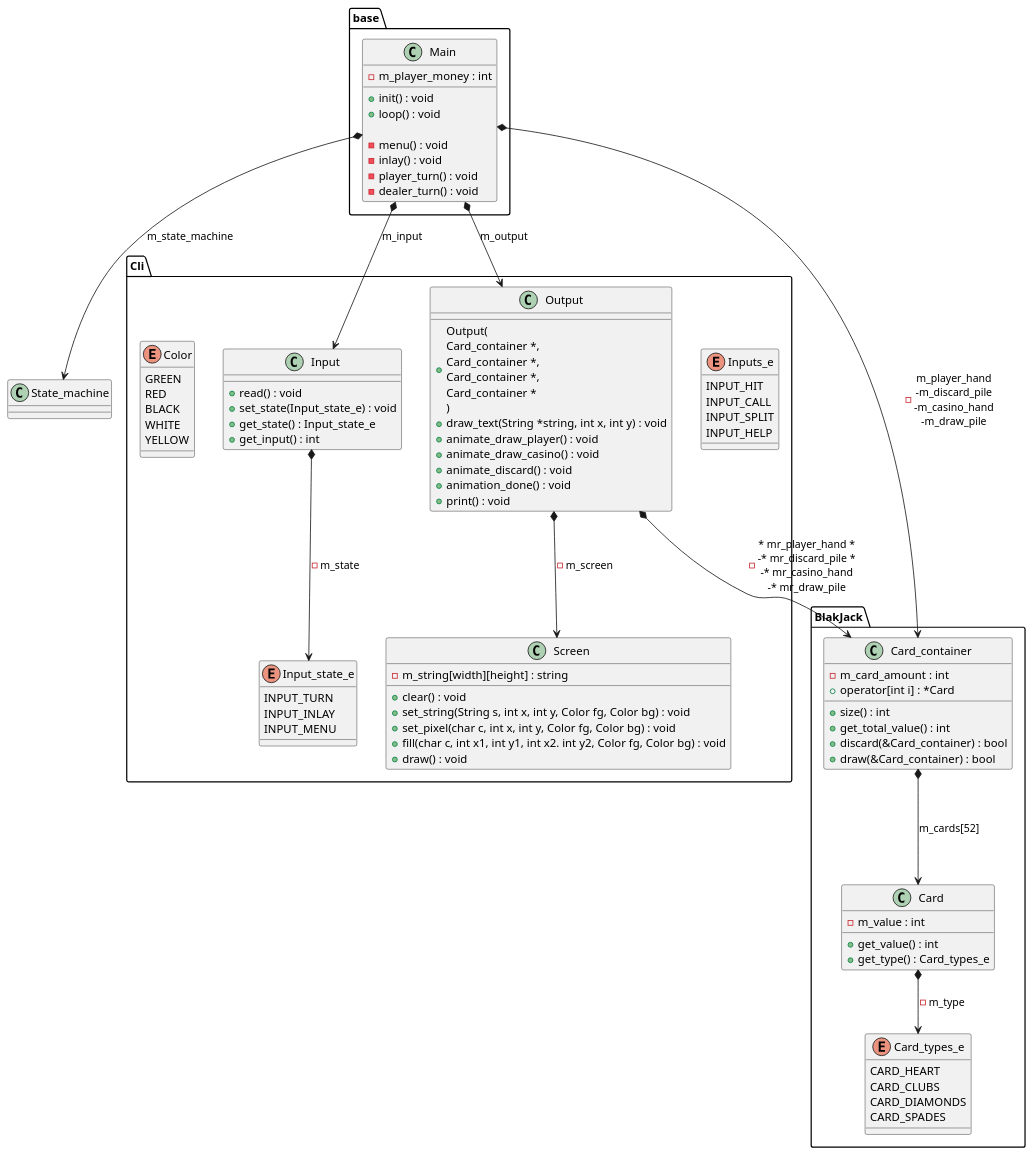
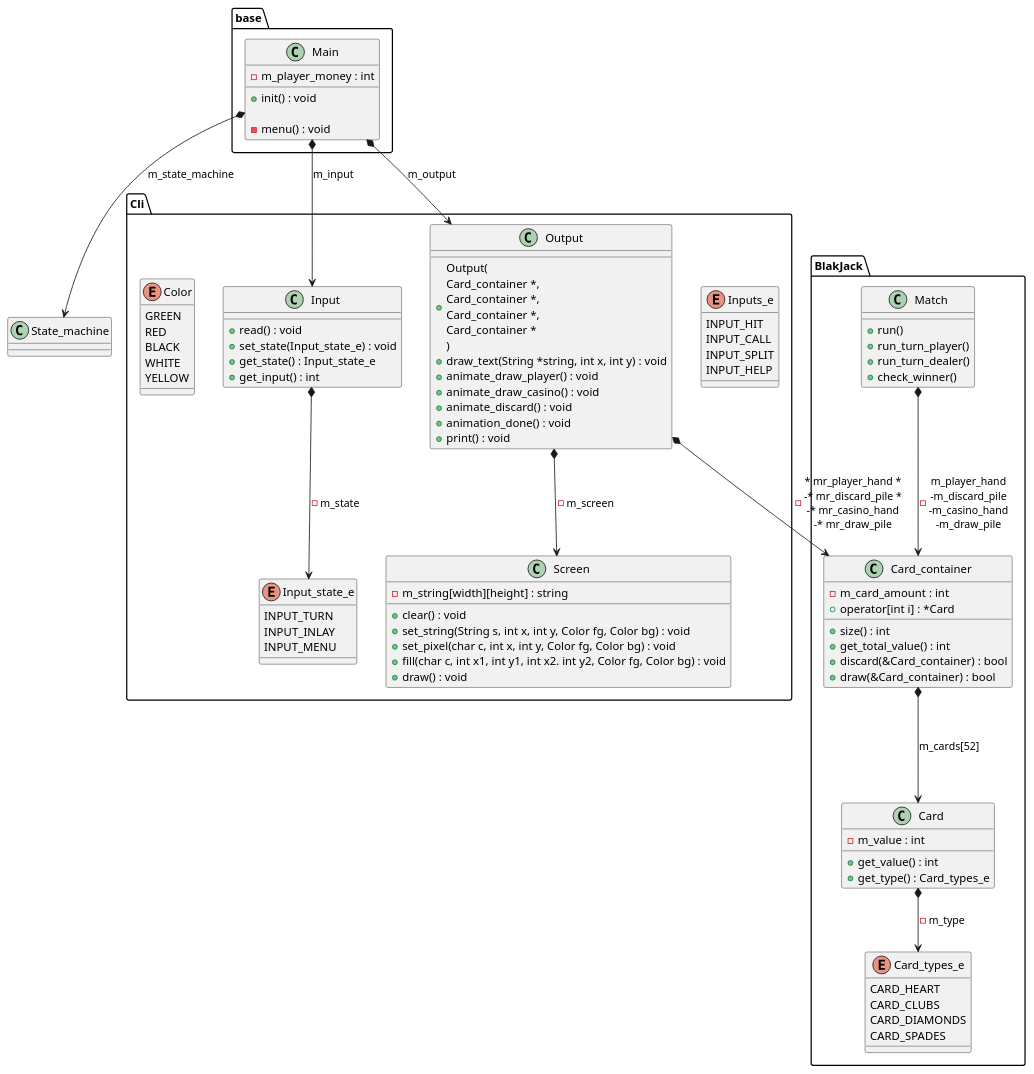
One commit to Noud-Janssen/oop_blackjack changed the diagram in docs/class_diagram.wsd. Above: the diagram before and after it, drawn with PlantUML. The commit also changed 3 other files, not shown here.

```diff
--- a/docs/class_diagram.wsd
+++ b/docs/class_diagram.wsd
@@ -1,108 +1,113 @@
 @startuml class_diagram
 
 package base {
     class Main {
         -m_player_money : int
 		+init() : void
-		+loop() : void
 
 		-menu() : void
-		-inlay() : void
-		-player_turn() : void
-		-dealer_turn() : void
     }
 }
 
 Main *--> State_machine : m_state_machine
 
 package Cli {
     enum Input_state_e {
         INPUT_TURN
         INPUT_INLAY
         INPUT_MENU
     }
 
     enum Inputs_e {
         INPUT_HIT
         INPUT_CALL
         INPUT_SPLIT
         INPUT_HELP
     }
 
     class Input {
         +read() : void
         +set_state(Input_state_e) : void
         +get_state() : Input_state_e
         +get_input() : int
     }
 
 
     class Output {
         +Output(\nCard_container *,\nCard_container *,\nCard_container *,\nCard_container *\n)
 		+draw_text(String *string, int x, int y) : void
 		+animate_draw_player() : void
 		+animate_draw_casino() : void
 		+animate_discard() : void
 		+animation_done() : void
         +print() : void
     }
 
 	enum Color {
 		GREEN
 		RED
 		BLACK
 		WHITE
 		YELLOW
 	}
 
 	class Screen {
 		-m_string[width][height] : string
 		+clear() : void
 		+set_string(String s, int x, int y, Color fg, Color bg) : void
 		+set_pixel(char c, int x, int y, Color fg, Color bg) : void
 		+fill(char c, int x1, int y1, int x2. int y2, Color fg, Color bg) : void
 		+draw() : void
 	}
 }
 
 Output *--> Screen : -m_screen
 Input *--> Input_state_e : -m_state
 
 package BlakJack {
+
+    class Match {
+
+        +run()
+        +run_turn_player()
+        +run_turn_dealer()
+        +check_winner()
+    }
+
     enum Card_types_e {
         CARD_HEART
         CARD_CLUBS
         CARD_DIAMONDS
         CARD_SPADES
     }
 
     class Card_container {
         -m_card_amount : int
         +operator[int i] : *Card
 		+size() : int
         +get_total_value() : int
         +discard(&Card_container) : bool
         +draw(&Card_container) : bool
     }
 
     class Card {
         -m_value : int
         +get_value() : int
         +get_type() : Card_types_e
 	}
 
     Card *--> Card_types_e : -m_type
     Card_container *---> Card : m_cards[52]
 
 }
 
 
 
-Main *--> Card_container : -m_player_hand\n-m_discard_pile\n-m_casino_hand\n-m_draw_pile
+Match *--> Card_container : -m_player_hand\n-m_discard_pile\n-m_casino_hand\n-m_draw_pile
 Main *--> Input : m_input
 Main *--> Output : m_output
 
 Output *--> Card_container : -* mr_player_hand *\n-* mr_discard_pile *\n-* mr_casino_hand\n-* mr_draw_pile
 
 
 @enduml
```
